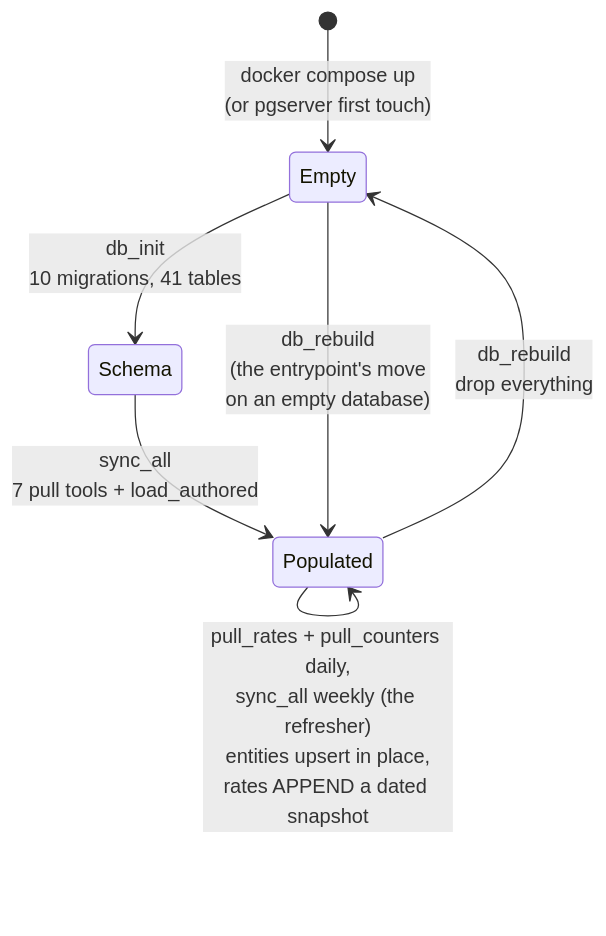
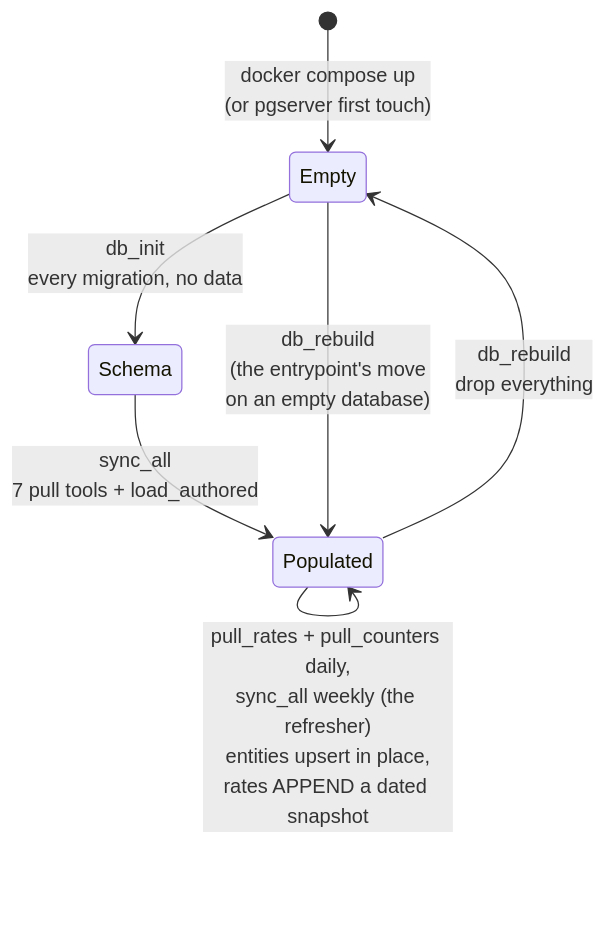
Before and after one commit to mmikol/counter-utility-matrix: the first of 8 diagrams in docs/db.md, drawn with Mermaid. The commit also changed 9 other files, not shown here.

````diff
--- a/docs/db.md
+++ b/docs/db.md
@@ -186,9 +186,9 @@
 ```mermaid
 stateDiagram-v2
     [*] --> Empty: docker compose up<br/>(or pgserver first touch)
-    Empty --> Schema: db_init<br/>10 migrations, 41 tables
+    Empty --> Schema: db_init<br/>every migration, no data
     Schema --> Populated: sync_all<br/>7 pull tools + load_authored
     Empty --> Populated: db_rebuild<br/>(the entrypoint's move<br/>on an empty database)
     Populated --> Populated: pull_rates + pull_counters daily,<br/>sync_all weekly (the refresher)<br/>entities upsert in place,<br/>rates APPEND a dated snapshot
     Populated --> Empty: db_rebuild<br/>drop everything
 ```
````
